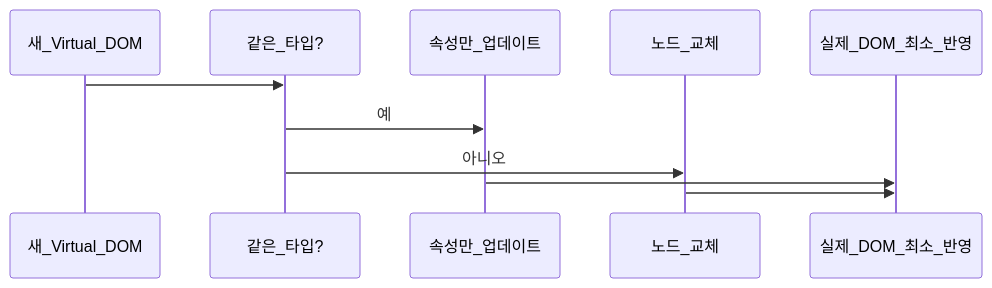
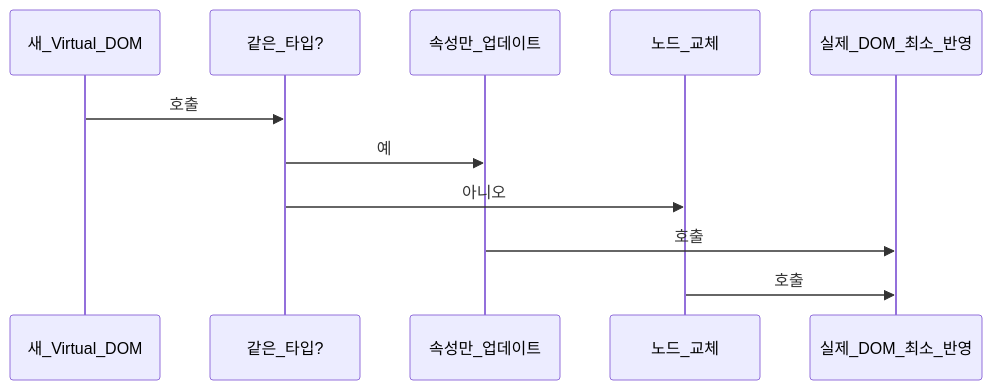
Before and after one commit to yjkim2015/yjkim2015.github.io: the second of 6 diagrams in _posts/frontend/2026-05-02-react-fundamentals.md, drawn with Mermaid. The commit also changed 85 other files, not shown here.

First line of the commit message:
sequenceDiagram 문법 에러 2차 수정 169개 (86파일)

````diff
--- a/_posts/frontend/2026-05-02-react-fundamentals.md
+++ b/_posts/frontend/2026-05-02-react-fundamentals.md
@@ -81,8 +81,8 @@
 ```mermaid
 sequenceDiagram
-    새_Virtual_DOM->>같은_타입?:
+    새_Virtual_DOM->>같은_타입?: 호출
     같은_타입?->>속성만_업데이트: 예
     같은_타입?->>노드_교체: 아니오
-    속성만_업데이트->>실제_DOM_최소_반영:
-    노드_교체->>실제_DOM_최소_반영:
+    속성만_업데이트->>실제_DOM_최소_반영: 호출
+    노드_교체->>실제_DOM_최소_반영: 호출
 ```
````
